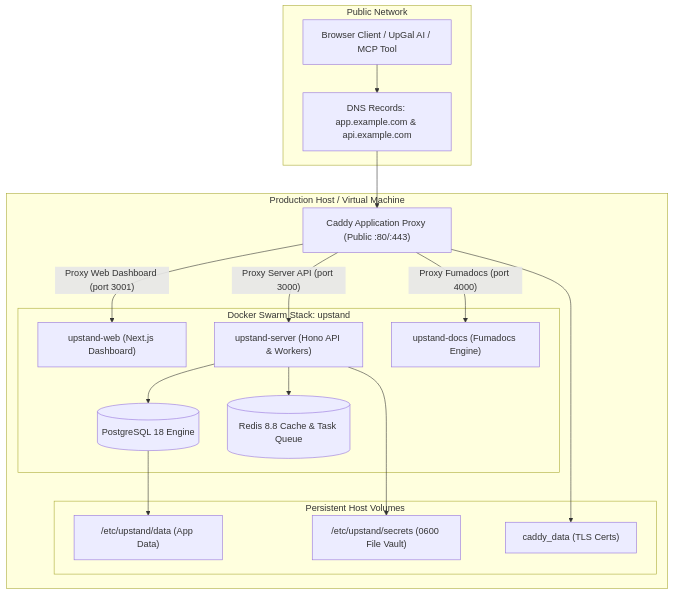
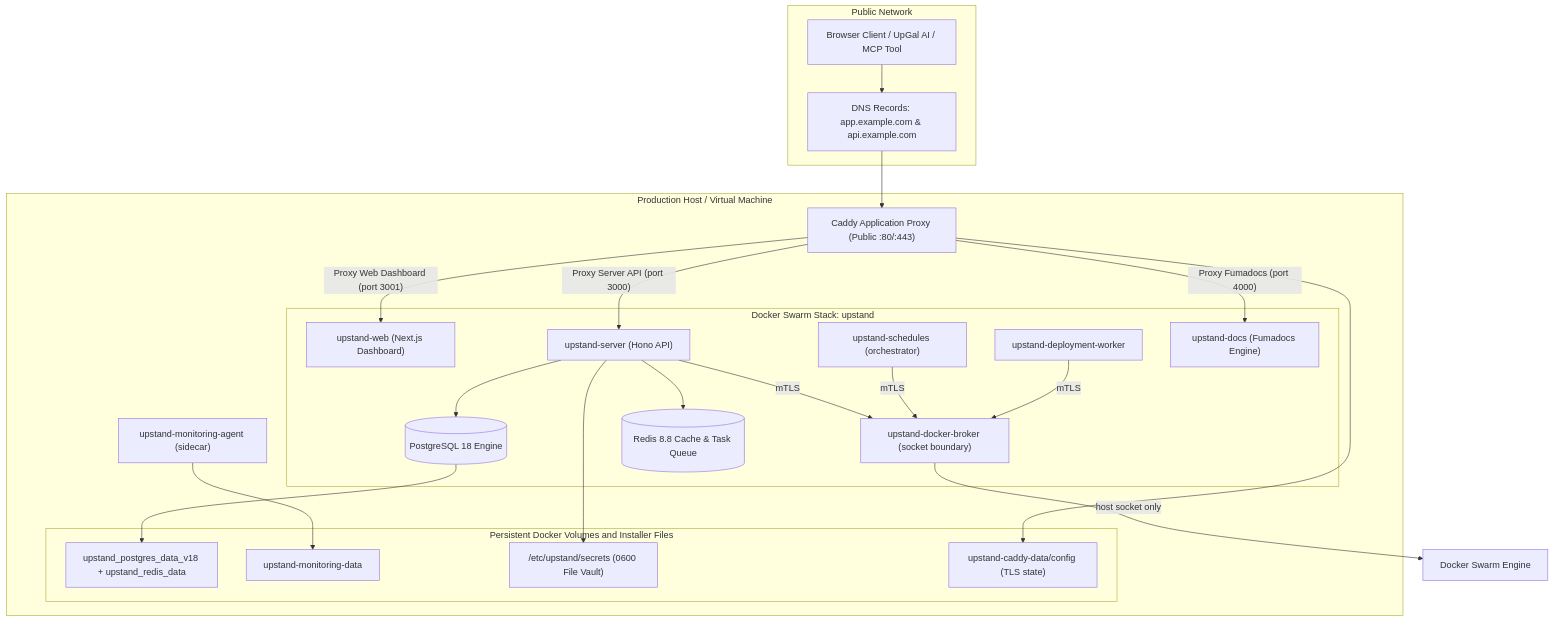
One commit to UpstandPlatform/upstand changed the diagram in apps/fumadocs/content/docs/getting-started/self-hosting.mdx. Above: the diagram before and after it, drawn with Mermaid. The commit also changed other lines of this file and 16 other files, not shown here.

````diff
--- a/apps/fumadocs/content/docs/getting-started/self-hosting.mdx
+++ b/apps/fumadocs/content/docs/getting-started/self-hosting.mdx
@@ -14,36 +18,46 @@
 ```mermaid
 graph TD
     subgraph Internet["Public Network"]
         Client["Browser Client / UpGal AI / MCP Tool"]
         DNS["DNS Records: app.example.com & api.example.com"]
     end
 
     subgraph Host["Production Host / Virtual Machine"]
         Caddy["Caddy Application Proxy (Public :80/:443)"]
+        Monitoring["upstand-monitoring-agent (sidecar)"]
 
         subgraph SwarmCluster["Docker Swarm Stack: upstand"]
             WebUI["upstand-web (Next.js Dashboard)"]
-            ServerAPI["upstand-server (Hono API & Workers)"]
+            ServerAPI["upstand-server (Hono API)"]
+            Schedules["upstand-schedules (orchestrator)"]
+            DeployWorker["upstand-deployment-worker"]
+            Broker["upstand-docker-broker (socket boundary)"]
             Fumadocs["upstand-docs (Fumadocs Engine)"]
             DB[(PostgreSQL 18 Engine)]
             Cache[(Redis 8.8 Cache & Task Queue)]
         end
 
-        subgraph StorageLayer["Persistent Host Volumes"]
-            VolData["/etc/upstand/data (App Data)"]
+        subgraph StorageLayer["Persistent Docker Volumes and Installer Files"]
+            VolData["upstand_postgres_data_v18 + upstand_redis_data"]
+            VolMonitoring["upstand-monitoring-data"]
             VolSecrets["/etc/upstand/secrets (0600 File Vault)"]
-            VolCaddy["caddy_data (TLS Certs)"]
+            VolCaddy["upstand-caddy-data/config (TLS state)"]
         end
     end
 
     Client --> DNS
     DNS --> Caddy
     Caddy -->|"Proxy Server API (port 3000)"| ServerAPI
     Caddy -->|"Proxy Web Dashboard (port 3001)"| WebUI
     Caddy -->|"Proxy Fumadocs (port 4000)"| Fumadocs
     ServerAPI --> DB
     ServerAPI --> Cache
+    ServerAPI -->|mTLS| Broker
+    Schedules -->|mTLS| Broker
+    DeployWorker -->|mTLS| Broker
+    Broker -->|host socket only| Swarm["Docker Swarm Engine"]
     DB --> VolData
+    Monitoring --> VolMonitoring
     ServerAPI --> VolSecrets
-            Caddy --> VolCaddy
+    Caddy --> VolCaddy
 ```
````
